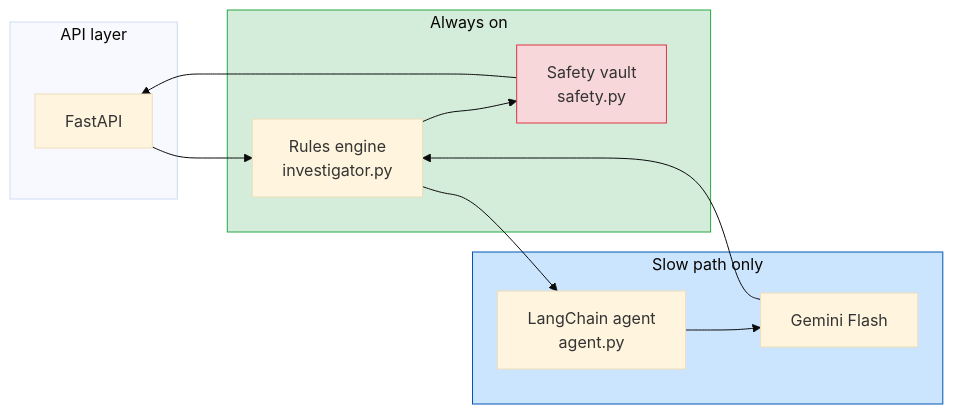
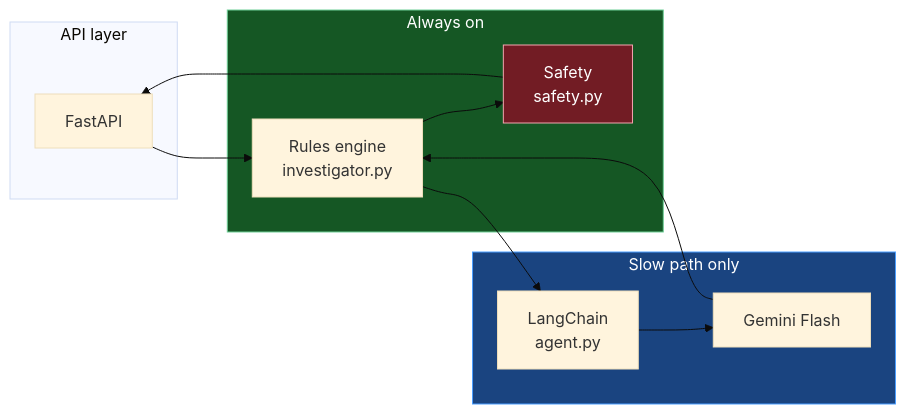
The second of 4 diagrams in docs/ARCHITECTURE.md (Ibtida01/SUST_Preli), drawn with Mermaid (base theme) before and after one commit. The commit also changed other lines of this file and 14 other files, not shown here.

Commit message:
architecture file fixed

````diff
--- a/docs/ARCHITECTURE.md
+++ b/docs/ARCHITECTURE.md
@@ -41,27 +35,27 @@
 ```mermaid
 flowchart LR
     subgraph Gateway["API layer"]
         API["FastAPI"]
     end
 
     subgraph Always["Always on"]
         R["Rules engine<br/>investigator.py"]
-        S["Safety vault<br/>safety.py"]
+        S["Safety<br/>safety.py"]
     end
 
     subgraph Optional["Slow path only"]
-        LC["LangChain agent<br/>agent.py"]
+        LC["LangChain<br/>agent.py"]
         GM["Gemini Flash"]
     end
 
     API --> R
     R --> LC
     LC --> GM
     GM --> R
     R --> S
     S --> API
 
-    style Always fill:#d4edda,stroke:#28a745
-    style Optional fill:#cce5ff,stroke:#0056b3
-    style S fill:#f8d7da,stroke:#dc3545
+    style Always fill:#155724,stroke:#6fcf97,color:#ffffff
+    style Optional fill:#1a4480,stroke:#4a9eff,color:#ffffff
+    style S fill:#721c24,stroke:#f5a5b0,color:#ffffff
 ```
````
